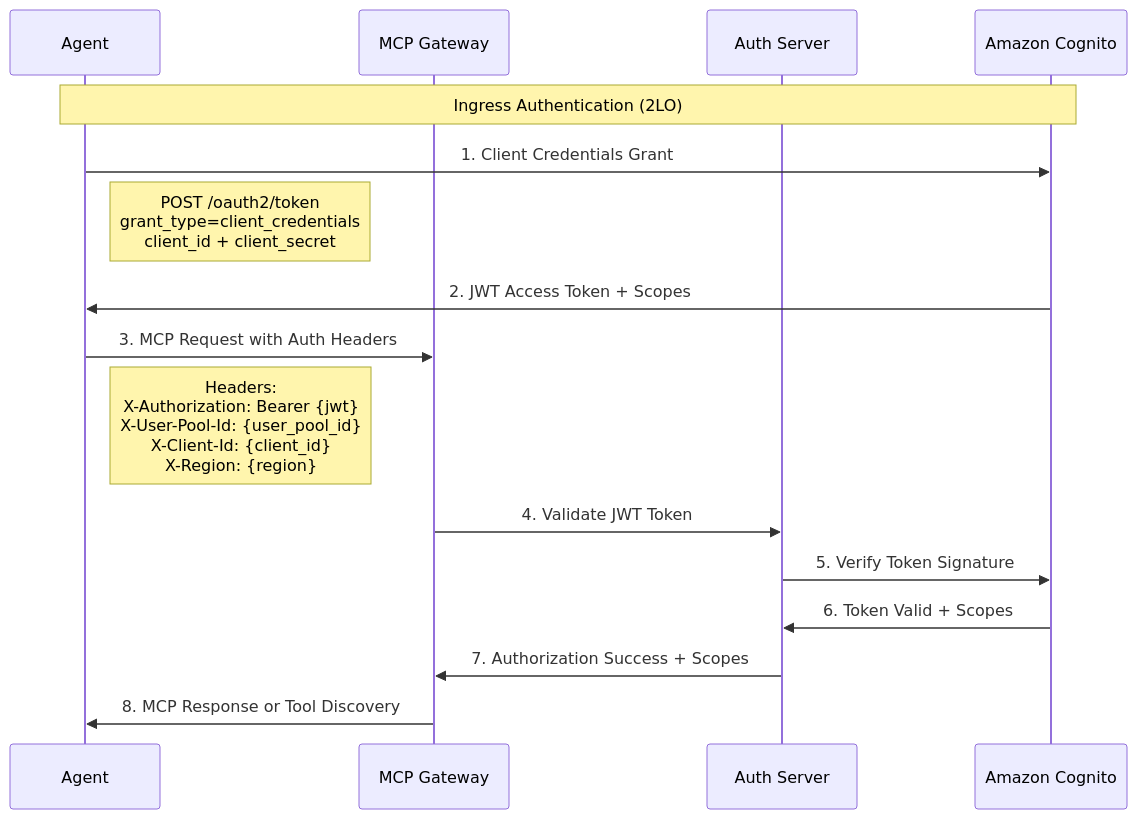
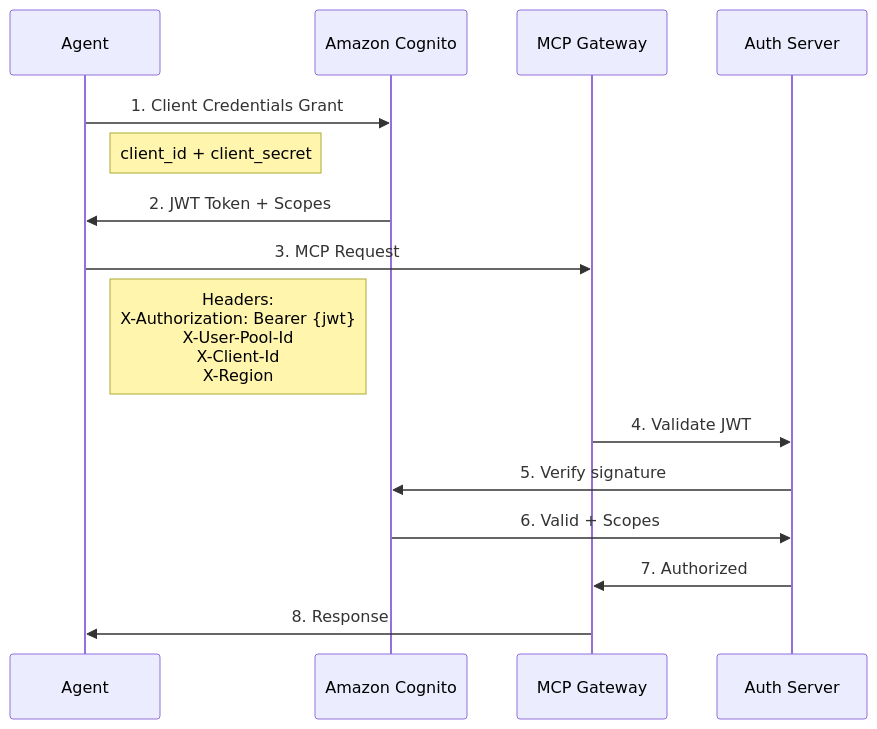
One commit to ascending-llc/mcp-gateway-registry changed the second of 3 diagrams in docs/auth.md. Above: the diagram before and after it, drawn with Mermaid. The commit also changed other lines of this file and 1 other file, not shown here.

First line of the commit message:
Reorganize authentication documentation for better developer experience

````diff
--- a/docs/auth.md
+++ b/docs/auth.md
@@ -100,24 +160,21 @@
 ```mermaid
 sequenceDiagram
     participant Agent
+    participant Cognito as Amazon Cognito
     participant Gateway as MCP Gateway
     participant AuthServer as Auth Server
-    participant Cognito as Amazon Cognito
-    
-    Note over Agent,Cognito: Ingress Authentication (2LO)
     
     Agent->>Cognito: 1. Client Credentials Grant
-    Note right of Agent: POST /oauth2/token<br/>grant_type=client_credentials<br/>client_id + client_secret
+    Note right of Agent: client_id + client_secret
     
-    Cognito->>Agent: 2. JWT Access Token + Scopes
+    Cognito->>Agent: 2. JWT Token + Scopes
     
-    Agent->>Gateway: 3. MCP Request with Auth Headers
-    Note right of Agent: Headers:<br/>X-Authorization: Bearer {jwt}<br/>X-User-Pool-Id: {user_pool_id}<br/>X-Client-Id: {client_id}<br/>X-Region: {region}
+    Agent->>Gateway: 3. MCP Request
+    Note right of Agent: Headers:<br/>X-Authorization: Bearer {jwt}<br/>X-User-Pool-Id<br/>X-Client-Id<br/>X-Region
     
-    Gateway->>AuthServer: 4. Validate JWT Token
-    AuthServer->>Cognito: 5. Verify Token Signature
-    Cognito->>AuthServer: 6. Token Valid + Scopes
-    AuthServer->>Gateway: 7. Authorization Success + Scopes
-    
-    Gateway->>Agent: 8. MCP Response or Tool Discovery
+    Gateway->>AuthServer: 4. Validate JWT
+    AuthServer->>Cognito: 5. Verify signature
+    Cognito->>AuthServer: 6. Valid + Scopes
+    AuthServer->>Gateway: 7. Authorized
+    Gateway->>Agent: 8. Response
 ```
````
